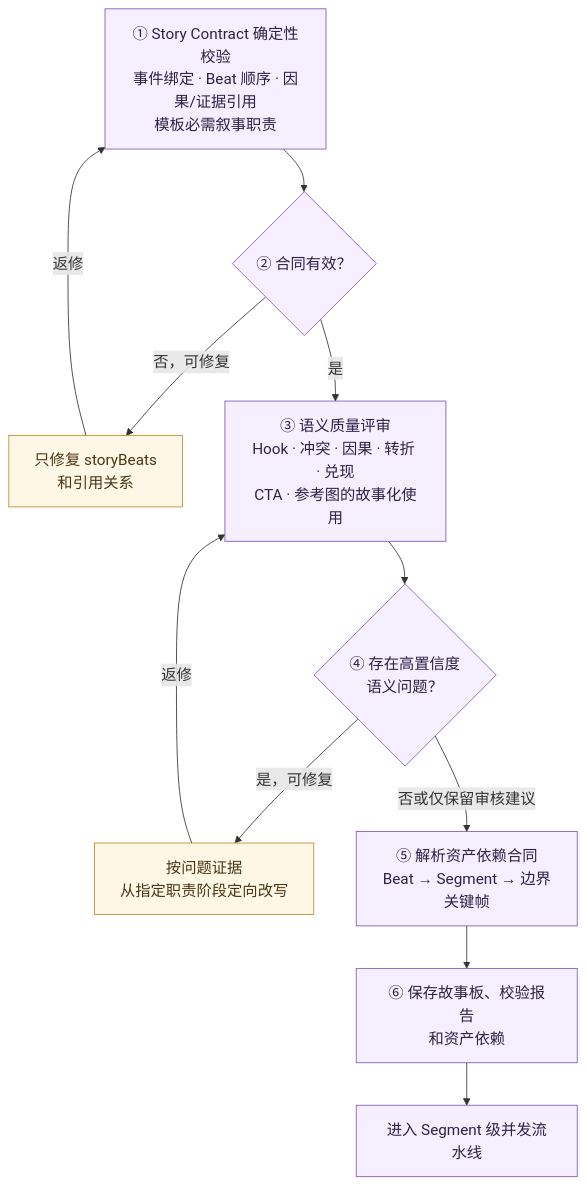
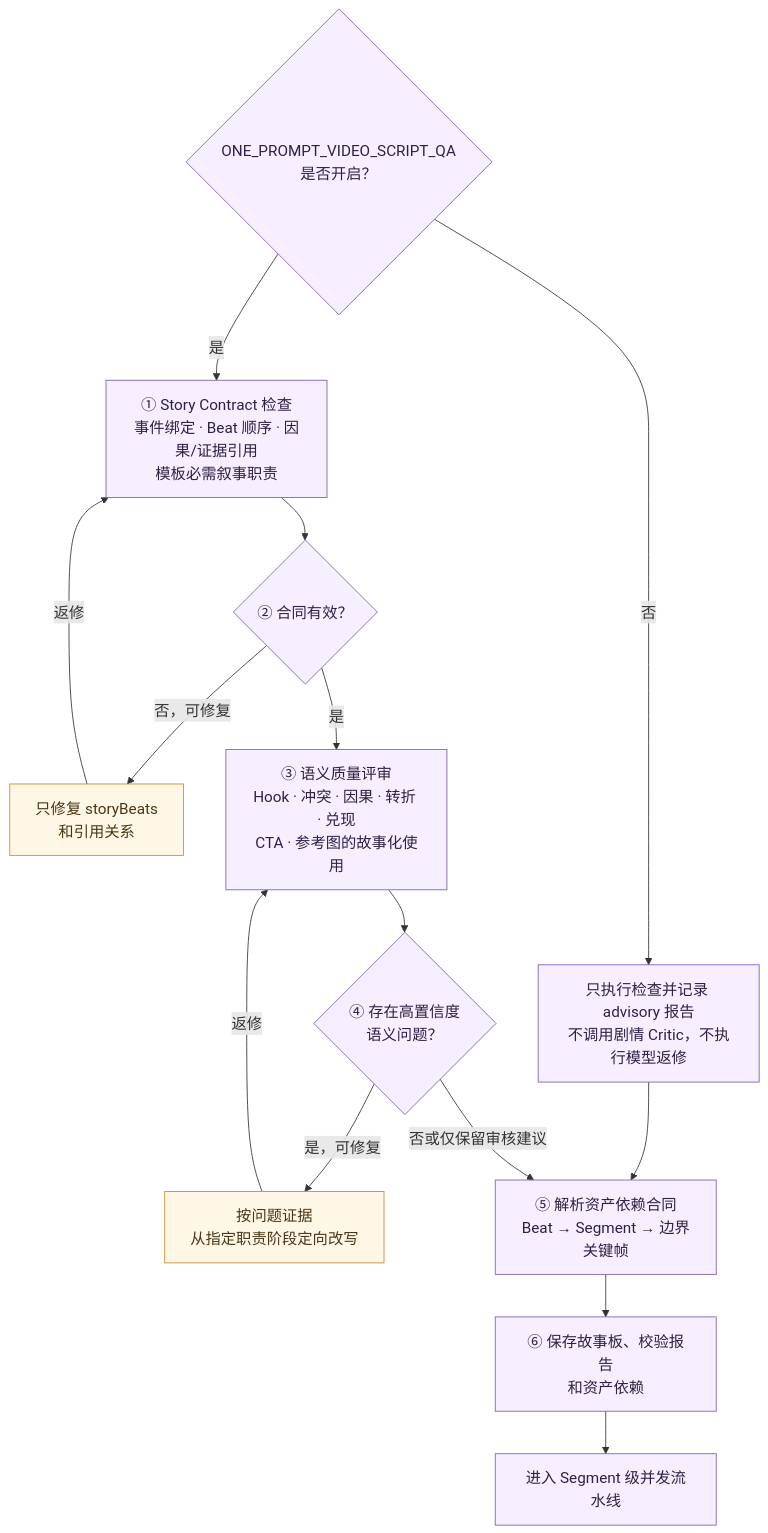
Before and after one commit to Samuel521199/RenYiMen: the sixth of 7 diagrams in docs/一句话成片执行架构与流程-2026-07-28.md, drawn with Mermaid. The commit also changed other lines of this file and 28 other files, not shown here.

````diff
--- a/docs/一句话成片执行架构与流程-2026-07-28.md
+++ b/docs/一句话成片执行架构与流程-2026-07-28.md
@@ -303,26 +316,29 @@
 ```mermaid
 %%{init: {"themeVariables": {"fontSize": "18px"}}}%%
 flowchart TB
-    G1["① Story Contract 确定性校验<br/>事件绑定 · Beat 顺序 · 因果/证据引用<br/>模板必需叙事职责"]
+    Q{"ONE_PROMPT_VIDEO_SCRIPT_QA<br/>是否开启？"}
+    G1["① Story Contract 检查<br/>事件绑定 · Beat 顺序 · 因果/证据引用<br/>模板必需叙事职责"]
     G2{"② 合同有效？"}
     G3["只修复 storyBeats<br/>和引用关系"]
     G4["③ 语义质量评审<br/>Hook · 冲突 · 因果 · 转折 · 兑现<br/>CTA · 参考图的故事化使用"]
     G5{"④ 存在高置信度<br/>语义问题？"}
     G6["按问题证据<br/>从指定职责阶段定向改写"]
     G7["⑤ 解析资产依赖合同<br/>Beat → Segment → 边界关键帧"]
     G8["⑥ 保存故事板、校验报告<br/>和资产依赖"]
     NEXT["进入 Segment 级并发流水线"]
+    ADVISORY["只执行检查并记录 advisory 报告<br/>不调用剧情 Critic，不执行模型返修"]
 
-    G1 --> G2
+    Q -- "是" --> G1 --> G2
+    Q -- "否" --> ADVISORY --> G7
     G2 -- "否，可修复" --> G3
     G3 -- "返修" --> G1
     G2 -- "是" --> G4 --> G5
     G5 -- "是，可修复" --> G6
     G6 -- "返修" --> G4
     G5 -- "否或仅保留审核建议" --> G7 --> G8 --> NEXT
 
     classDef gate fill:#f5efff,stroke:#7f5ab6,color:#2f2145;
     classDef repair fill:#fff7e6,stroke:#c58b2a,color:#4a3515;
-    class G1,G2,G4,G5,G7,G8,NEXT gate;
+    class Q,G1,G2,G4,G5,G7,G8,NEXT,ADVISORY gate;
     class G3,G6 repair;
 ```
````
